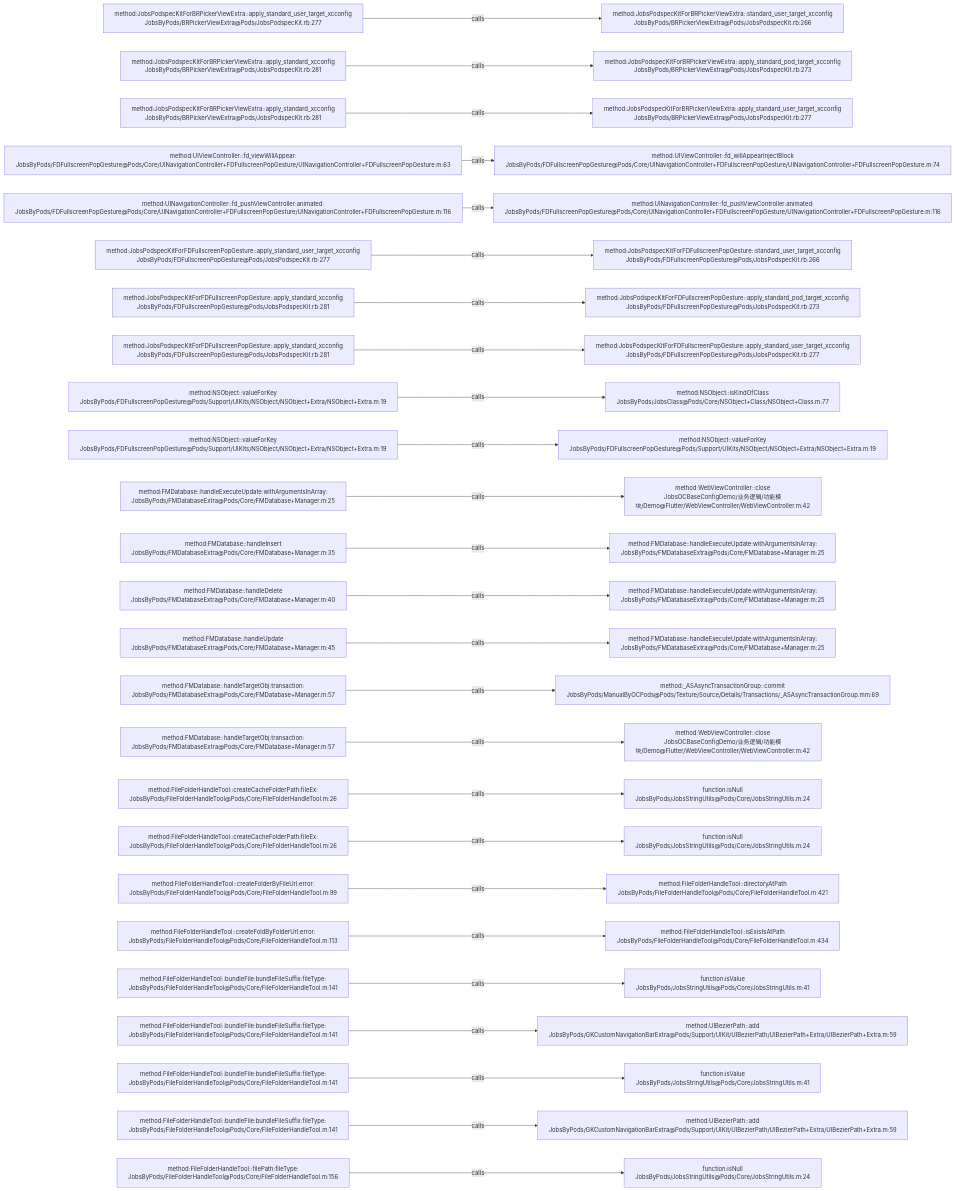
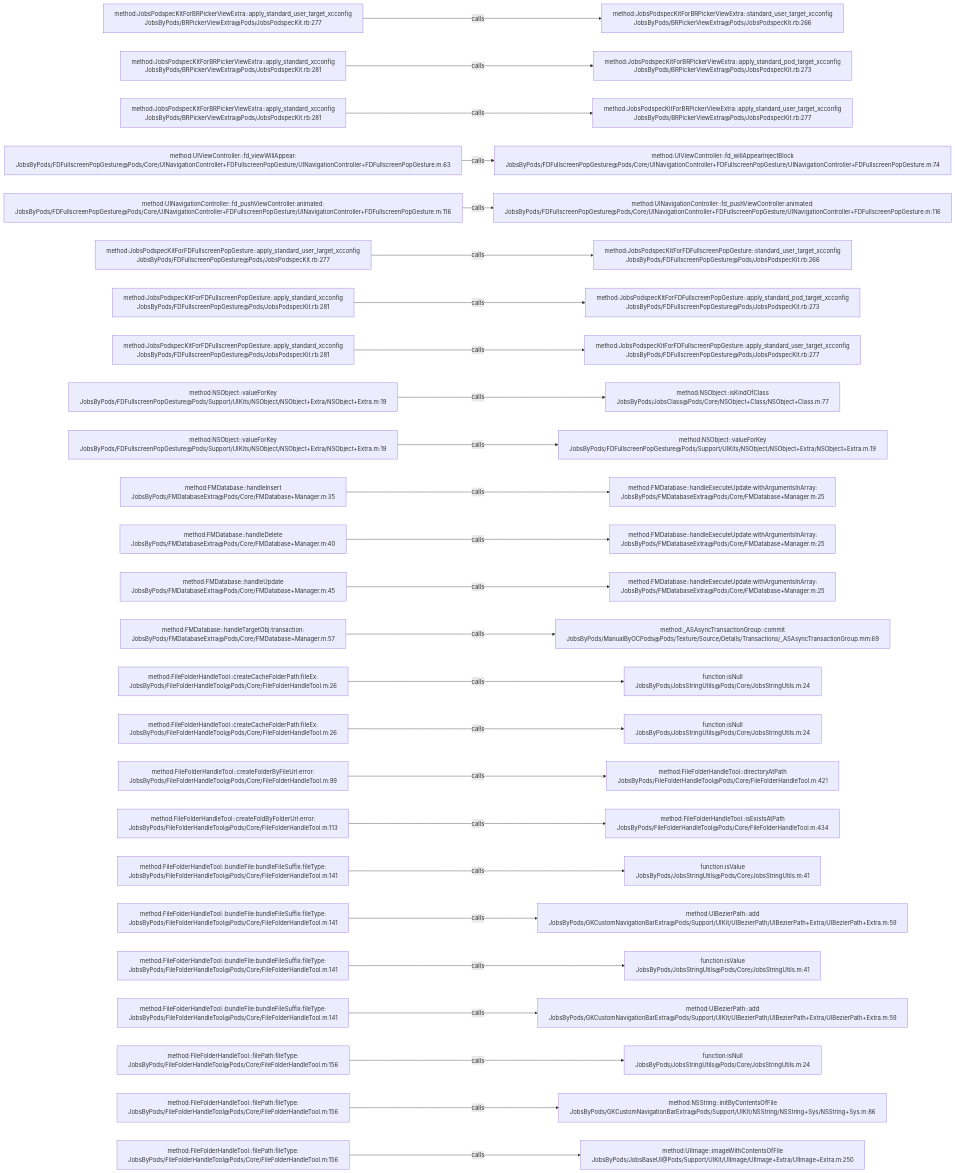
Before and after one commit to JobsKits/JobsOCBaseConfigDemo: the diagram in .codegraph/codegraph.md/graphs/calls-001.md, drawn with Mermaid. The commit also changed 1026 other files, not shown here.

````diff
--- a/.codegraph/codegraph.md/graphs/calls-001.md
+++ b/.codegraph/codegraph.md/graphs/calls-001.md
@@ -13,78 +13,78 @@
 ```mermaid
 flowchart LR
   S1["method:JobsPodspecKitForBRPickerViewExtra::apply_standard_user_target_xcconfig<br/>JobsByPods/BRPickerViewExtra@Pods/JobsPodspecKit.rb:277"]
   T1["method:JobsPodspecKitForBRPickerViewExtra::standard_user_target_xcconfig<br/>JobsByPods/BRPickerViewExtra@Pods/JobsPodspecKit.rb:266"]
   S1 -->|calls| T1
   S2["method:JobsPodspecKitForBRPickerViewExtra::apply_standard_xcconfig<br/>JobsByPods/BRPickerViewExtra@Pods/JobsPodspecKit.rb:281"]
   T2["method:JobsPodspecKitForBRPickerViewExtra::apply_standard_pod_target_xcconfig<br/>JobsByPods/BRPickerViewExtra@Pods/JobsPodspecKit.rb:273"]
   S2 -->|calls| T2
   S3["method:JobsPodspecKitForBRPickerViewExtra::apply_standard_xcconfig<br/>JobsByPods/BRPickerViewExtra@Pods/JobsPodspecKit.rb:281"]
   T3["method:JobsPodspecKitForBRPickerViewExtra::apply_standard_user_target_xcconfig<br/>JobsByPods/BRPickerViewExtra@Pods/JobsPodspecKit.rb:277"]
   S3 -->|calls| T3
   S4["method:UIViewController::fd_viewWillAppear:<br/>JobsByPods/FDFullscreenPopGesture@Pods/Core/UINavigationController+FDFullscreenPopGesture/UINavigationController+FDFullscreenPopGesture.m:63"]
   T4["method:UIViewController::fd_willAppearInjectBlock<br/>JobsByPods/FDFullscreenPopGesture@Pods/Core/UINavigationController+FDFullscreenPopGesture/UINavigationController+FDFullscreenPopGesture.m:74"]
   S4 -->|calls| T4
   S5["method:UINavigationController::fd_pushViewController:animated:<br/>JobsByPods/FDFullscreenPopGesture@Pods/Core/UINavigationController+FDFullscreenPopGesture/UINavigationController+FDFullscreenPopGesture.m:116"]
   T5["method:UINavigationController::fd_pushViewController:animated:<br/>JobsByPods/FDFullscreenPopGesture@Pods/Core/UINavigationController+FDFullscreenPopGesture/UINavigationController+FDFullscreenPopGesture.m:116"]
   S5 -->|calls| T5
   S6["method:JobsPodspecKitForFDFullscreenPopGesture::apply_standard_user_target_xcconfig<br/>JobsByPods/FDFullscreenPopGesture@Pods/JobsPodspecKit.rb:277"]
   T6["method:JobsPodspecKitForFDFullscreenPopGesture::standard_user_target_xcconfig<br/>JobsByPods/FDFullscreenPopGesture@Pods/JobsPodspecKit.rb:266"]
   S6 -->|calls| T6
   S7["method:JobsPodspecKitForFDFullscreenPopGesture::apply_standard_xcconfig<br/>JobsByPods/FDFullscreenPopGesture@Pods/JobsPodspecKit.rb:281"]
   T7["method:JobsPodspecKitForFDFullscreenPopGesture::apply_standard_pod_target_xcconfig<br/>JobsByPods/FDFullscreenPopGesture@Pods/JobsPodspecKit.rb:273"]
   S7 -->|calls| T7
   S8["method:JobsPodspecKitForFDFullscreenPopGesture::apply_standard_xcconfig<br/>JobsByPods/FDFullscreenPopGesture@Pods/JobsPodspecKit.rb:281"]
   T8["method:JobsPodspecKitForFDFullscreenPopGesture::apply_standard_user_target_xcconfig<br/>JobsByPods/FDFullscreenPopGesture@Pods/JobsPodspecKit.rb:277"]
   S8 -->|calls| T8
   S9["method:NSObject::valueForKey<br/>JobsByPods/FDFullscreenPopGesture@Pods/Support/UIKits/NSObject/NSObject+Extra/NSObject+Extra.m:19"]
   T9["method:NSObject::isKindOfClass<br/>JobsByPods/JobsClass@Pods/Core/NSObject+Class/NSObject+Class.m:77"]
   S9 -->|calls| T9
   S10["method:NSObject::valueForKey<br/>JobsByPods/FDFullscreenPopGesture@Pods/Support/UIKits/NSObject/NSObject+Extra/NSObject+Extra.m:19"]
   T10["method:NSObject::valueForKey<br/>JobsByPods/FDFullscreenPopGesture@Pods/Support/UIKits/NSObject/NSObject+Extra/NSObject+Extra.m:19"]
   S10 -->|calls| T10
-  S11["method:FMDatabase::handleExecuteUpdate:withArgumentsInArray:<br/>JobsByPods/FMDatabaseExtra@Pods/Core/FMDatabase+Manager.m:25"]
-  T11["method:WebViewController::close<br/>JobsOCBaseConfigDemo/业务逻辑/功能模块/Demo@Flutter/WebViewController/WebViewController.m:42"]
+  S11["method:FMDatabase::handleInsert<br/>JobsByPods/FMDatabaseExtra@Pods/Core/FMDatabase+Manager.m:35"]
+  T11["method:FMDatabase::handleExecuteUpdate:withArgumentsInArray:<br/>JobsByPods/FMDatabaseExtra@Pods/Core/FMDatabase+Manager.m:25"]
   S11 -->|calls| T11
-  S12["method:FMDatabase::handleInsert<br/>JobsByPods/FMDatabaseExtra@Pods/Core/FMDatabase+Manager.m:35"]
+  S12["method:FMDatabase::handleDelete<br/>JobsByPods/FMDatabaseExtra@Pods/Core/FMDatabase+Manager.m:40"]
   T12["method:FMDatabase::handleExecuteUpdate:withArgumentsInArray:<br/>JobsByPods/FMDatabaseExtra@Pods/Core/FMDatabase+Manager.m:25"]
   S12 -->|calls| T12
-  S13["method:FMDatabase::handleDelete<br/>JobsByPods/FMDatabaseExtra@Pods/Core/FMDatabase+Manager.m:40"]
+  S13["method:FMDatabase::handleUpdate<br/>JobsByPods/FMDatabaseExtra@Pods/Core/FMDatabase+Manager.m:45"]
   T13["method:FMDatabase::handleExecuteUpdate:withArgumentsInArray:<br/>JobsByPods/FMDatabaseExtra@Pods/Core/FMDatabase+Manager.m:25"]
   S13 -->|calls| T13
-  S14["method:FMDatabase::handleUpdate<br/>JobsByPods/FMDatabaseExtra@Pods/Core/FMDatabase+Manager.m:45"]
-  T14["method:FMDatabase::handleExecuteUpdate:withArgumentsInArray:<br/>JobsByPods/FMDatabaseExtra@Pods/Core/FMDatabase+Manager.m:25"]
+  S14["method:FMDatabase::handleTargetObj:transaction:<br/>JobsByPods/FMDatabaseExtra@Pods/Core/FMDatabase+Manager.m:57"]
+  T14["method:_ASAsyncTransactionGroup::commit<br/>JobsByPods/ManualByOCPods@Pods/Texture/Source/Details/Transactions/_ASAsyncTransactionGroup.mm:69"]
   S14 -->|calls| T14
-  S15["method:FMDatabase::handleTargetObj:transaction:<br/>JobsByPods/FMDatabaseExtra@Pods/Core/FMDatabase+Manager.m:57"]
-  T15["method:_ASAsyncTransactionGroup::commit<br/>JobsByPods/ManualByOCPods@Pods/Texture/Source/Details/Transactions/_ASAsyncTransactionGroup.mm:69"]
+  S15["method:FileFolderHandleTool::createCacheFolderPath:fileEx:<br/>JobsByPods/FileFolderHandleTool@Pods/Core/FileFolderHandleTool.m:26"]
+  T15["function:isNull<br/>JobsByPods/JobsStringUtils@Pods/Core/JobsStringUtils.m:24"]
   S15 -->|calls| T15
-  S16["method:FMDatabase::handleTargetObj:transaction:<br/>JobsByPods/FMDatabaseExtra@Pods/Core/FMDatabase+Manager.m:57"]
-  T16["method:WebViewController::close<br/>JobsOCBaseConfigDemo/业务逻辑/功能模块/Demo@Flutter/WebViewController/WebViewController.m:42"]
+  S16["method:FileFolderHandleTool::createCacheFolderPath:fileEx:<br/>JobsByPods/FileFolderHandleTool@Pods/Core/FileFolderHandleTool.m:26"]
+  T16["function:isNull<br/>JobsByPods/JobsStringUtils@Pods/Core/JobsStringUtils.m:24"]
   S16 -->|calls| T16
-  S17["method:FileFolderHandleTool::createCacheFolderPath:fileEx:<br/>JobsByPods/FileFolderHandleTool@Pods/Core/FileFolderHandleTool.m:26"]
-  T17["function:isNull<br/>JobsByPods/JobsStringUtils@Pods/Core/JobsStringUtils.m:24"]
+  S17["method:FileFolderHandleTool::createFolderByFileUrl:error:<br/>JobsByPods/FileFolderHandleTool@Pods/Core/FileFolderHandleTool.m:99"]
+  T17["method:FileFolderHandleTool::directoryAtPath<br/>JobsByPods/FileFolderHandleTool@Pods/Core/FileFolderHandleTool.m:421"]
   S17 -->|calls| T17
-  S18["method:FileFolderHandleTool::createCacheFolderPath:fileEx:<br/>JobsByPods/FileFolderHandleTool@Pods/Core/FileFolderHandleTool.m:26"]
-  T18["function:isNull<br/>JobsByPods/JobsStringUtils@Pods/Core/JobsStringUtils.m:24"]
+  S18["method:FileFolderHandleTool::createFoldByFolderUrl:error:<br/>JobsByPods/FileFolderHandleTool@Pods/Core/FileFolderHandleTool.m:113"]
+  T18["method:FileFolderHandleTool::isExistsAtPath<br/>JobsByPods/FileFolderHandleTool@Pods/Core/FileFolderHandleTool.m:434"]
   S18 -->|calls| T18
-  S19["method:FileFolderHandleTool::createFolderByFileUrl:error:<br/>JobsByPods/FileFolderHandleTool@Pods/Core/FileFolderHandleTool.m:99"]
-  T19["method:FileFolderHandleTool::directoryAtPath<br/>JobsByPods/FileFolderHandleTool@Pods/Core/FileFolderHandleTool.m:421"]
+  S19["method:FileFolderHandleTool::bundleFile:bundleFileSuffix:fileType:<br/>JobsByPods/FileFolderHandleTool@Pods/Core/FileFolderHandleTool.m:141"]
+  T19["function:isValue<br/>JobsByPods/JobsStringUtils@Pods/Core/JobsStringUtils.m:41"]
   S19 -->|calls| T19
-  S20["method:FileFolderHandleTool::createFoldByFolderUrl:error:<br/>JobsByPods/FileFolderHandleTool@Pods/Core/FileFolderHandleTool.m:113"]
-  T20["method:FileFolderHandleTool::isExistsAtPath<br/>JobsByPods/FileFolderHandleTool@Pods/Core/FileFolderHandleTool.m:434"]
+  S20["method:FileFolderHandleTool::bundleFile:bundleFileSuffix:fileType:<br/>JobsByPods/FileFolderHandleTool@Pods/Core/FileFolderHandleTool.m:141"]
+  T20["method:UIBezierPath::add<br/>JobsByPods/GKCustomNavigationBarExtra@Pods/Support/UIKit/UIBezierPath/UIBezierPath+Extra/UIBezierPath+Extra.m:59"]
   S20 -->|calls| T20
   S21["method:FileFolderHandleTool::bundleFile:bundleFileSuffix:fileType:<br/>JobsByPods/FileFolderHandleTool@Pods/Core/FileFolderHandleTool.m:141"]
   T21["function:isValue<br/>JobsByPods/JobsStringUtils@Pods/Core/JobsStringUtils.m:41"]
   S21 -->|calls| T21
   S22["method:FileFolderHandleTool::bundleFile:bundleFileSuffix:fileType:<br/>JobsByPods/FileFolderHandleTool@Pods/Core/FileFolderHandleTool.m:141"]
   T22["method:UIBezierPath::add<br/>JobsByPods/GKCustomNavigationBarExtra@Pods/Support/UIKit/UIBezierPath/UIBezierPath+Extra/UIBezierPath+Extra.m:59"]
   S22 -->|calls| T22
-  S23["method:FileFolderHandleTool::bundleFile:bundleFileSuffix:fileType:<br/>JobsByPods/FileFolderHandleTool@Pods/Core/FileFolderHandleTool.m:141"]
-  T23["function:isValue<br/>JobsByPods/JobsStringUtils@Pods/Core/JobsStringUtils.m:41"]
+  S23["method:FileFolderHandleTool::filePath:fileType:<br/>JobsByPods/FileFolderHandleTool@Pods/Core/FileFolderHandleTool.m:156"]
+  T23["function:isNull<br/>JobsByPods/JobsStringUtils@Pods/Core/JobsStringUtils.m:24"]
   S23 -->|calls| T23
-  S24["method:FileFolderHandleTool::bundleFile:bundleFileSuffix:fileType:<br/>JobsByPods/FileFolderHandleTool@Pods/Core/FileFolderHandleTool.m:141"]
-  T24["method:UIBezierPath::add<br/>JobsByPods/GKCustomNavigationBarExtra@Pods/Support/UIKit/UIBezierPath/UIBezierPath+Extra/UIBezierPath+Extra.m:59"]
+  S24["method:FileFolderHandleTool::filePath:fileType:<br/>JobsByPods/FileFolderHandleTool@Pods/Core/FileFolderHandleTool.m:156"]
+  T24["method:NSString::initByContentsOfFile<br/>JobsByPods/GKCustomNavigationBarExtra@Pods/Support/UIKit/NSString/NSString+Sys/NSString+Sys.m:86"]
   S24 -->|calls| T24
   S25["method:FileFolderHandleTool::filePath:fileType:<br/>JobsByPods/FileFolderHandleTool@Pods/Core/FileFolderHandleTool.m:156"]
-  T25["function:isNull<br/>JobsByPods/JobsStringUtils@Pods/Core/JobsStringUtils.m:24"]
+  T25["method:UIImage::imageWithContentsOfFile<br/>JobsByPods/JobsBaseUI@Pods/Support/UIKit/UIImage/UIImage+Extra/UIImage+Extra.m:250"]
   S25 -->|calls| T25
 ```
````
